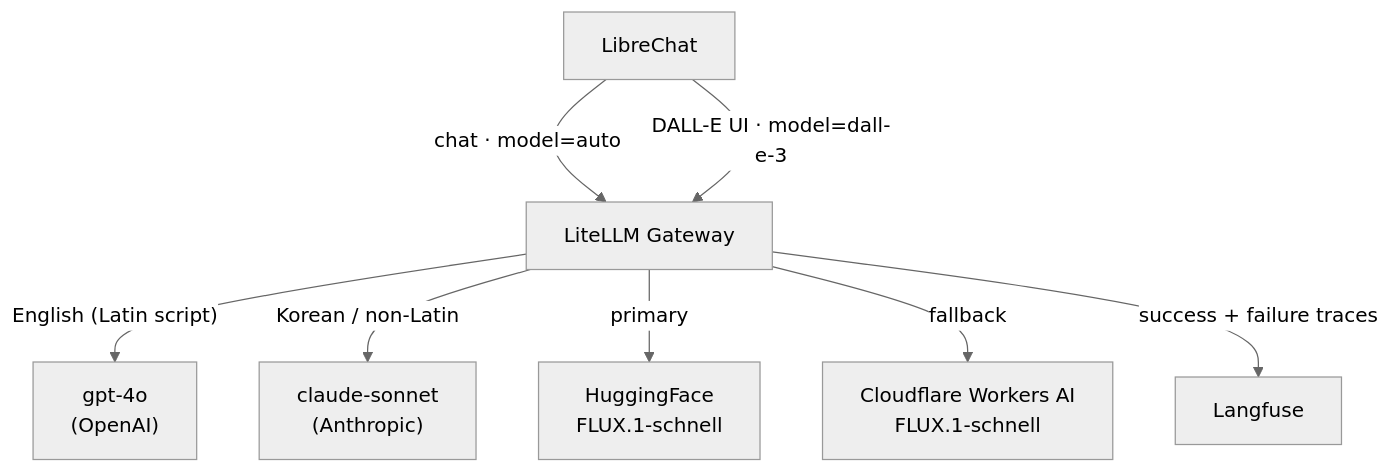
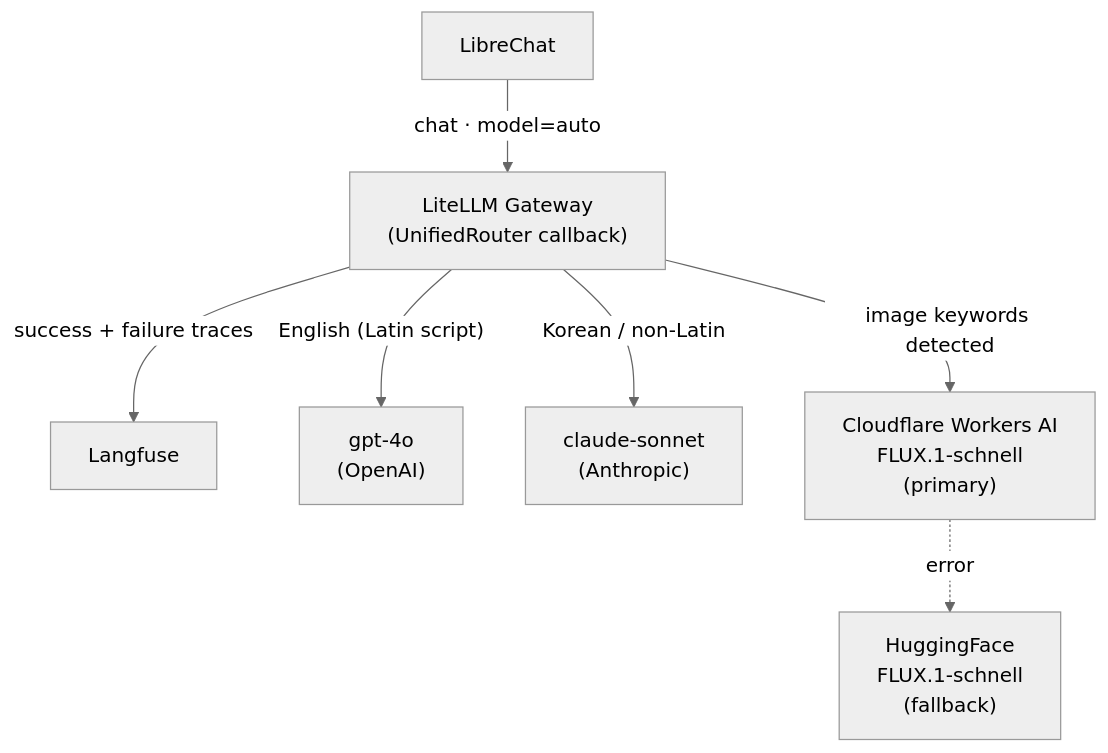
Before and after one commit to litkhai/llmops-in-a-box: the second of 3 diagrams in docs/configuration.md, drawn with Mermaid (neutral theme). The commit also changed other lines of this file and 3 other files, not shown here.

First line of the commit message:
docs: update image routing docs to reflect Cloudflare-primary implementation

````diff
--- a/docs/configuration.md
+++ b/docs/configuration.md
@@ -217,20 +217,19 @@
 ```mermaid
 flowchart TD
     LC["LibreChat"]
-    G["LiteLLM Gateway"]
+    G["LiteLLM Gateway\n(UnifiedRouter callback)"]
     LF["Langfuse"]
     GPT["gpt-4o\n(OpenAI)"]
     CS["claude-sonnet\n(Anthropic)"]
-    HF["HuggingFace\nFLUX.1-schnell"]
-    CF["Cloudflare Workers AI\nFLUX.1-schnell"]
+    CF["Cloudflare Workers AI\nFLUX.1-schnell\n(primary)"]
+    HF["HuggingFace\nFLUX.1-schnell\n(fallback)"]
 
     LC -- "chat · model=auto" --> G
-    LC -- "DALL-E UI · model=dall-e-3" --> G
 
+    G -- "image keywords detected" --> CF
+    CF -. "error" .-> HF
     G -- "English (Latin script)" --> GPT
     G -- "Korean / non-Latin" --> CS
-    G -- "primary" --> HF
-    G -- "fallback" --> CF
 
     G -- "success + failure traces" --> LF
 ```
````
